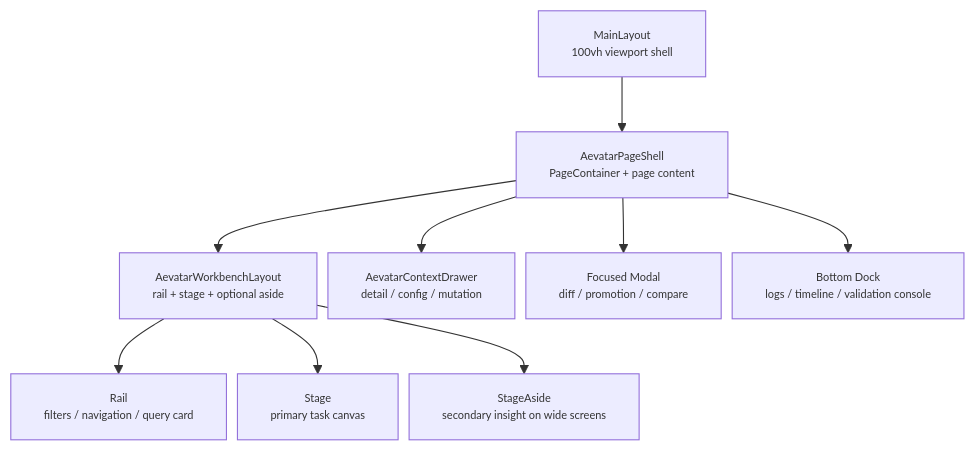
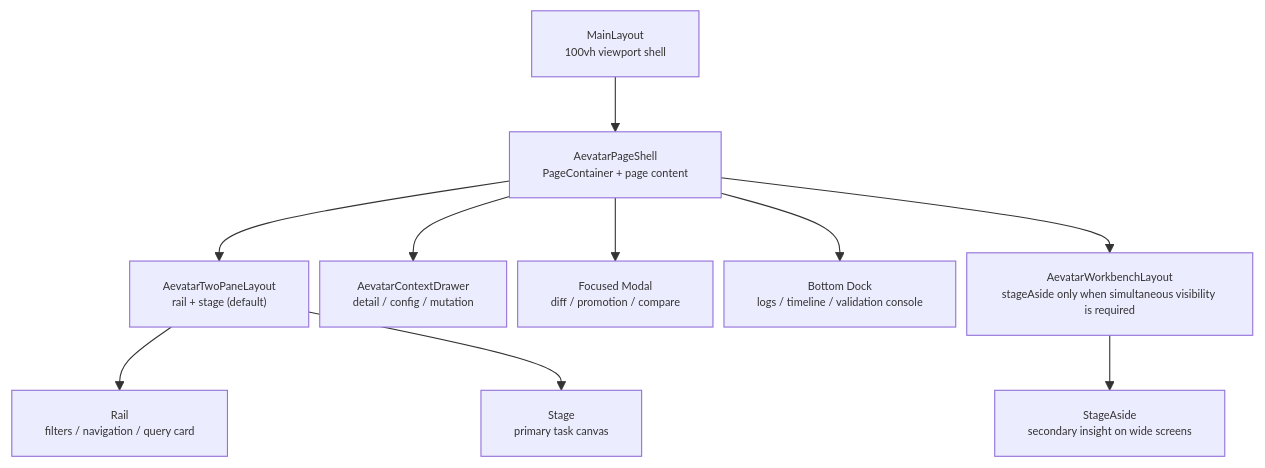
The diagram in docs/architecture/2026-03-31-aevatar-console-design-system.md (aevatarAI/aevatar), drawn with Mermaid before and after one commit. The commit also changed other lines of this file and 64 other files, not shown here.

Commit message:
Refactor console web into a chat-first workbench

````diff
--- a/docs/architecture/2026-03-31-aevatar-console-design-system.md
+++ b/docs/architecture/2026-03-31-aevatar-console-design-system.md
@@ -55,12 +55,13 @@
 ```mermaid
 %%{init: {"maxTextSize": 100000, "flowchart": {"useMaxWidth": false, "nodeSpacing": 10, "rankSpacing": 50}, "themeVariables": {"fontSize": "10px"}}}%%
 flowchart TB
     A["MainLayout<br/>100vh viewport shell"] --> B["AevatarPageShell<br/>PageContainer + page content"]
-    B --> C["AevatarWorkbenchLayout<br/>rail + stage + optional aside"]
+    B --> C["AevatarTwoPaneLayout<br/>rail + stage (default)"]
     C --> D["Rail<br/>filters / navigation / query card"]
     C --> E["Stage<br/>primary task canvas"]
-    C --> F["StageAside<br/>secondary insight on wide screens"]
-    B --> G["AevatarContextDrawer<br/>detail / config / mutation"]
-    B --> H["Focused Modal<br/>diff / promotion / compare"]
-    B --> I["Bottom Dock<br/>logs / timeline / validation console"]
+    B --> F["AevatarContextDrawer<br/>detail / config / mutation"]
+    B --> G["Focused Modal<br/>diff / promotion / compare"]
+    B --> H["Bottom Dock<br/>logs / timeline / validation console"]
+    B --> I["AevatarWorkbenchLayout<br/>stageAside only when simultaneous visibility is required"]
+    I --> J["StageAside<br/>secondary insight on wide screens"]
 ```
````
